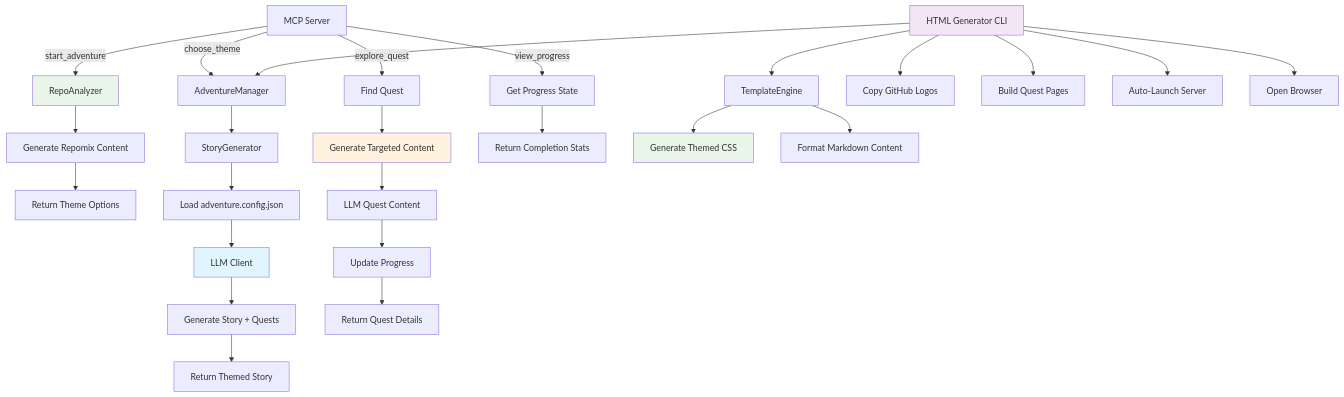
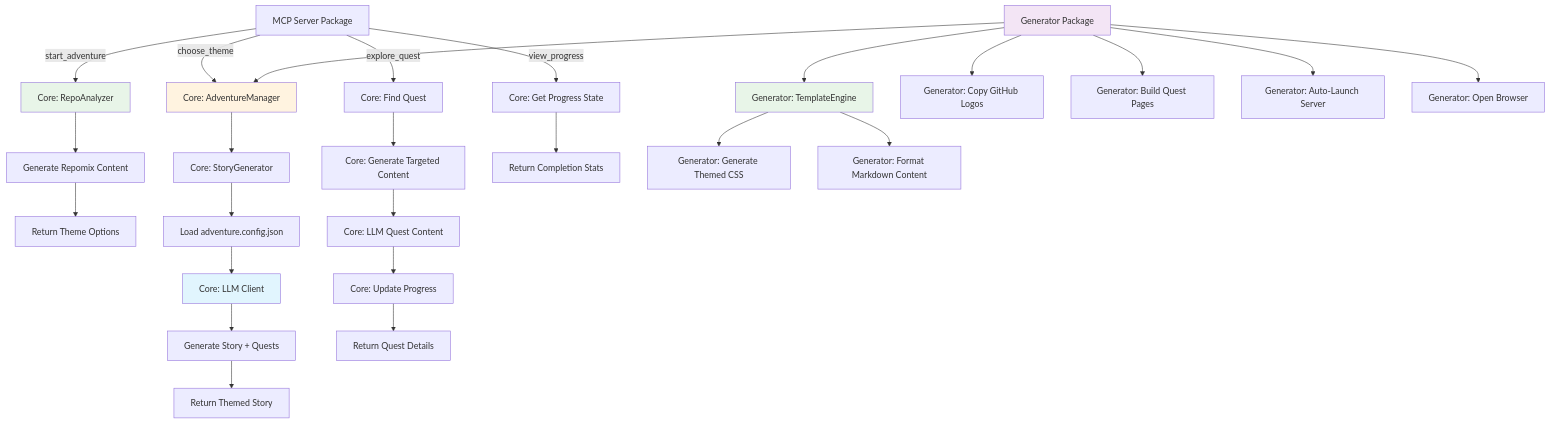
The first of 2 diagrams in README.md (DanWahlin/ai-repo-adventures), drawn with Mermaid before and after one commit. The commit also changed other lines of this file and 136 other files, not shown here.

````diff
--- a/README.md
+++ b/README.md
@@ -29,37 +29,37 @@
 ```mermaid
 graph TD
-    A[MCP Server] -->|start_adventure| B[RepoAnalyzer]
+    A[MCP Server Package] -->|start_adventure| B[Core: RepoAnalyzer]
     B --> C[Generate Repomix Content]
     C --> D[Return Theme Options]
     
-    A -->|choose_theme| E[AdventureManager]
-    E --> F[StoryGenerator]
+    A -->|choose_theme| E[Core: AdventureManager]
+    E --> F[Core: StoryGenerator]
     F --> G[Load adventure.config.json]
-    G --> H[LLM Client]
+    G --> H[Core: LLM Client]
     H --> I[Generate Story + Quests]
     I --> J[Return Themed Story]
     
-    A -->|explore_quest| K[Find Quest]
-    K --> L[Generate Targeted Content]
-    L --> M[LLM Quest Content]
-    M --> N[Update Progress]
+    A -->|explore_quest| K[Core: Find Quest]
+    K --> L[Core: Generate Targeted Content]
+    L --> M[Core: LLM Quest Content]
+    M --> N[Core: Update Progress]
     N --> O[Return Quest Details]
     
-    A -->|view_progress| P[Get Progress State]
+    A -->|view_progress| P[Core: Get Progress State]
     P --> Q[Return Completion Stats]
     
-    R[HTML Generator CLI] --> E
-    R --> S[TemplateEngine]
-    S --> T[Generate Themed CSS]
-    S --> U[Format Markdown Content]
-    R --> V[Copy GitHub Logos]
-    R --> W[Build Quest Pages]
-    R --> X[Auto-Launch Server]
-    R --> Y[Open Browser]
+    R[Generator Package] --> E
+    R --> S[Generator: TemplateEngine]
+    S --> T[Generator: Generate Themed CSS]
+    S --> U[Generator: Format Markdown Content]
+    R --> V[Generator: Copy GitHub Logos]
+    R --> W[Generator: Build Quest Pages]
+    R --> X[Generator: Auto-Launch Server]
+    R --> Y[Generator: Open Browser]
     
     style B fill:#e8f5e8
+    style E fill:#fff3e0
     style H fill:#e1f5fe
-    style L fill:#fff3e0
     style R fill:#f3e5f5
-    style T fill:#e8f5e8
+    style S fill:#e8f5e8
 ```
````
